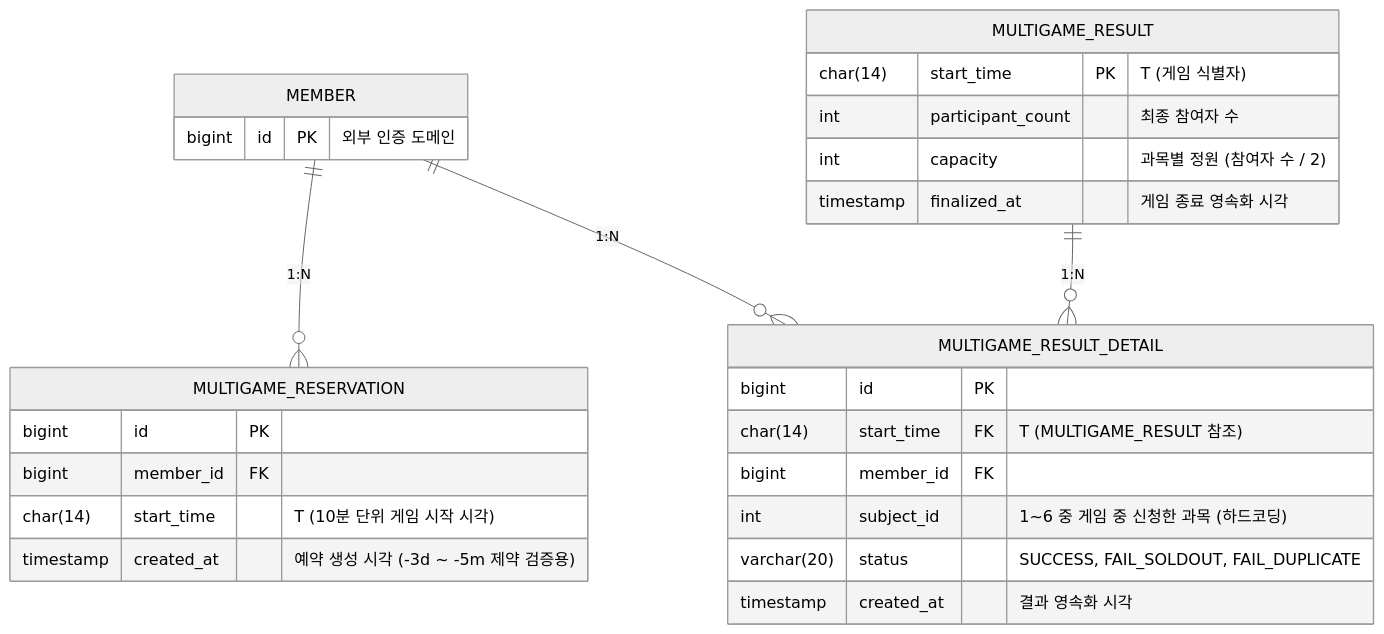
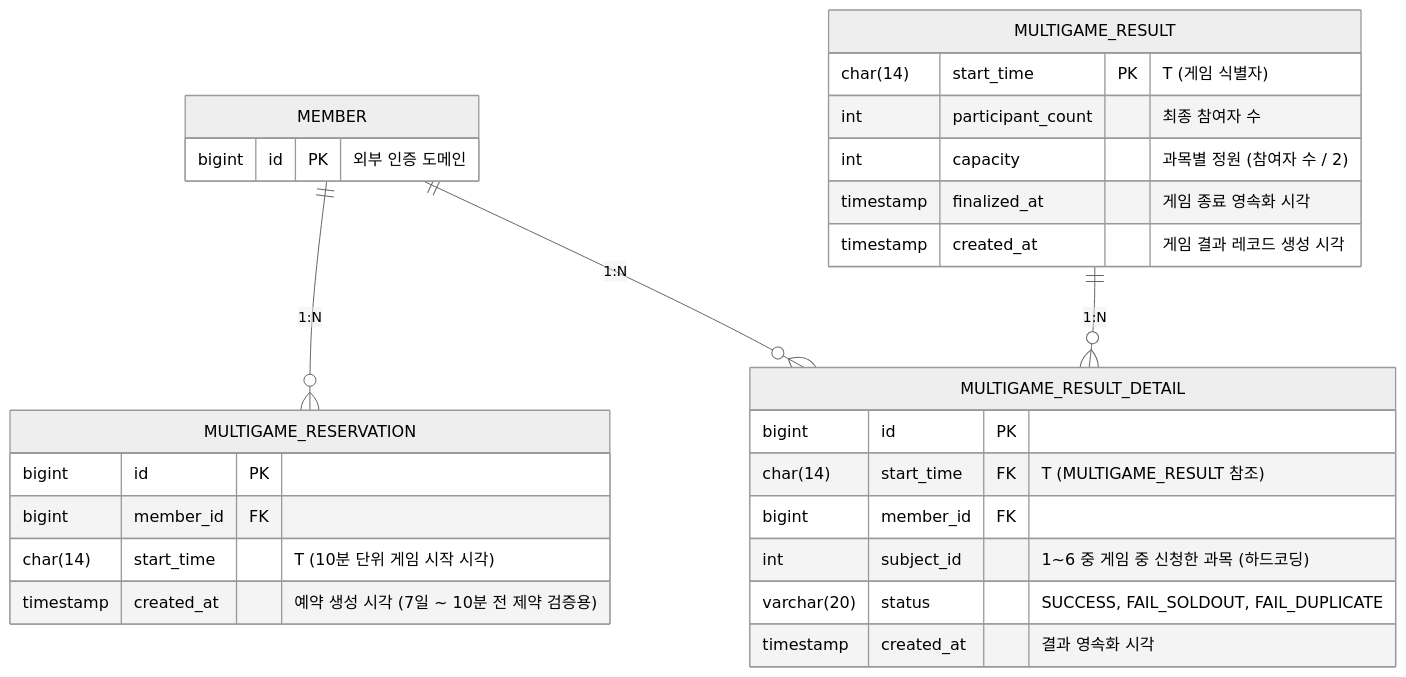
The diagram in docs/multigame.md (mju-sugangsincheong-helper2/mju-sugangsincheong-helper-backend), drawn with Mermaid (neutral theme) before and after one commit. The commit also changed other lines of this file and 18 other files, not shown here.

````diff
--- a/docs/multigame.md
+++ b/docs/multigame.md
@@ -26,33 +26,34 @@
 ```mermaid
 erDiagram
     MEMBER ||--o{ MULTIGAME_RESERVATION : "1:N"
     MEMBER ||--o{ MULTIGAME_RESULT_DETAIL : "1:N"
     MULTIGAME_RESULT ||--o{ MULTIGAME_RESULT_DETAIL : "1:N"
 
     MEMBER {
         bigint id PK "외부 인증 도메인"
     }
 
     MULTIGAME_RESERVATION {
         bigint id PK
         bigint member_id FK
         char(14) start_time "T (10분 단위 게임 시작 시각)"
-        timestamp created_at "예약 생성 시각 (-3d ~ -5m 제약 검증용)"
+        timestamp created_at "예약 생성 시각 (7일 ~ 10분 전 제약 검증용)"
     }
 
     MULTIGAME_RESULT {
         char(14) start_time PK "T (게임 식별자)"
         int participant_count "최종 참여자 수"
         int capacity "과목별 정원 (참여자 수 / 2)"
         timestamp finalized_at "게임 종료 영속화 시각"
+        timestamp created_at "게임 결과 레코드 생성 시각"
     }
 
     MULTIGAME_RESULT_DETAIL {
         bigint id PK
         char(14) start_time FK "T (MULTIGAME_RESULT 참조)"
         bigint member_id FK
         int subject_id "1~6 중 게임 중 신청한 과목 (하드코딩)"
         varchar(20) status "SUCCESS, FAIL_SOLDOUT, FAIL_DUPLICATE"
         timestamp created_at "결과 영속화 시각"
     }
 ```
````
